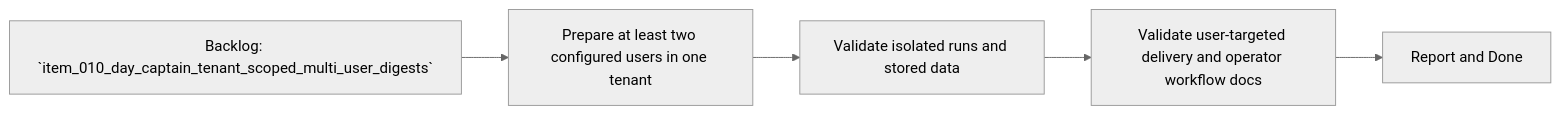
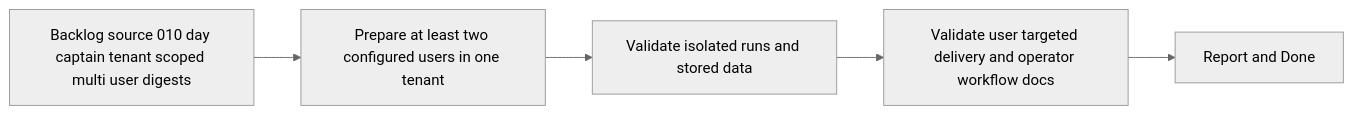
Before and after one commit to AlexAgo83/day-captain: the diagram in logics/tasks/task_019_day_captain_tenant_scoped_multi_user_validation_and_ops_documentation.md, drawn with Mermaid (neutral theme). The commit also changed 40 other files, not shown here.

Commit message:
Normalize Logics Mermaid diagrams

````diff
--- a/logics/tasks/task_019_day_captain_tenant_scoped_multi_user_validation_and_ops_documentation.md
+++ b/logics/tasks/task_019_day_captain_tenant_scoped_multi_user_validation_and_ops_documentation.md
@@ -18,7 +18,7 @@
 ```mermaid
 flowchart LR
-    Backlog[Backlog: `item_010_day_captain_tenant_scoped_multi_user_digests`] --> Step1[Prepare at least two configured users in one tenant]
+    Backlog[Backlog source 010 day captain tenant scoped multi user digests] --> Step1[Prepare at least two configured users in one tenant]
     Step1 --> Step2[Validate isolated runs and stored data]
-    Step2 --> Step3[Validate user-targeted delivery and operator workflow docs]
+    Step2 --> Step3[Validate user targeted delivery and operator workflow docs]
     Step3 --> Report[Report and Done]
 ```
````
